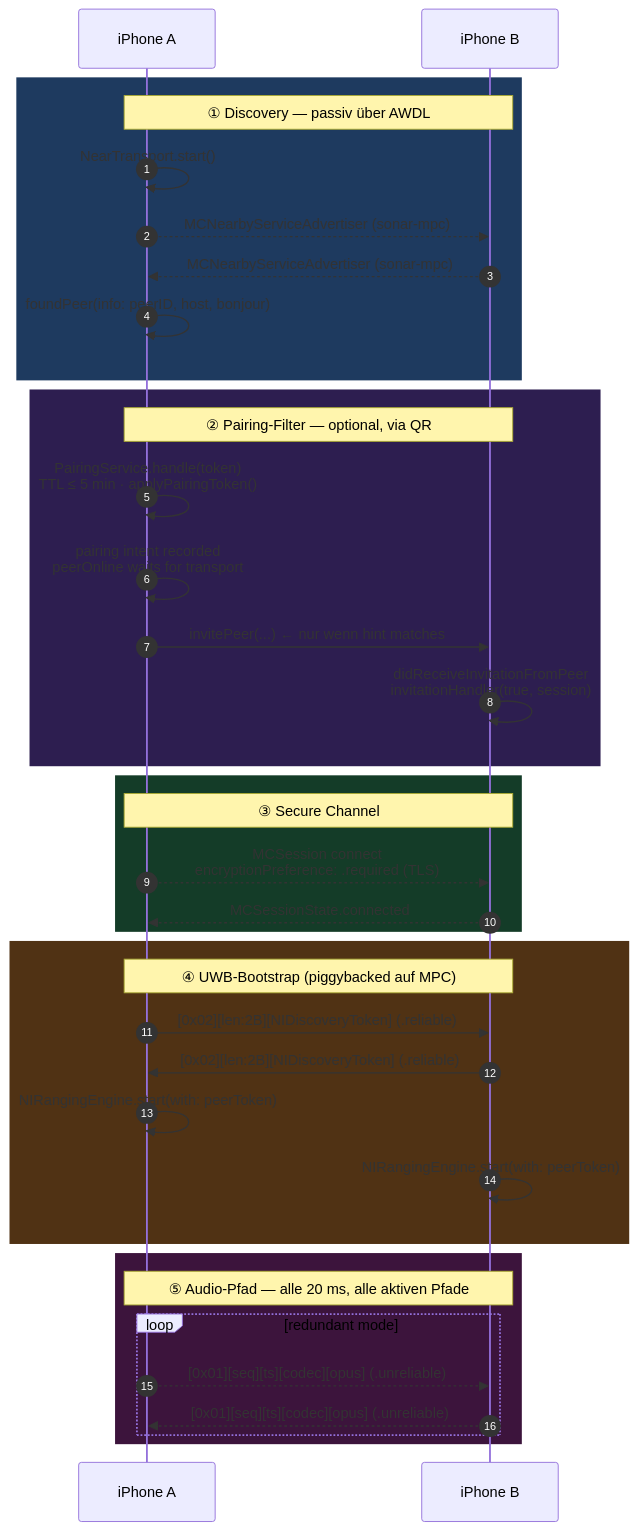
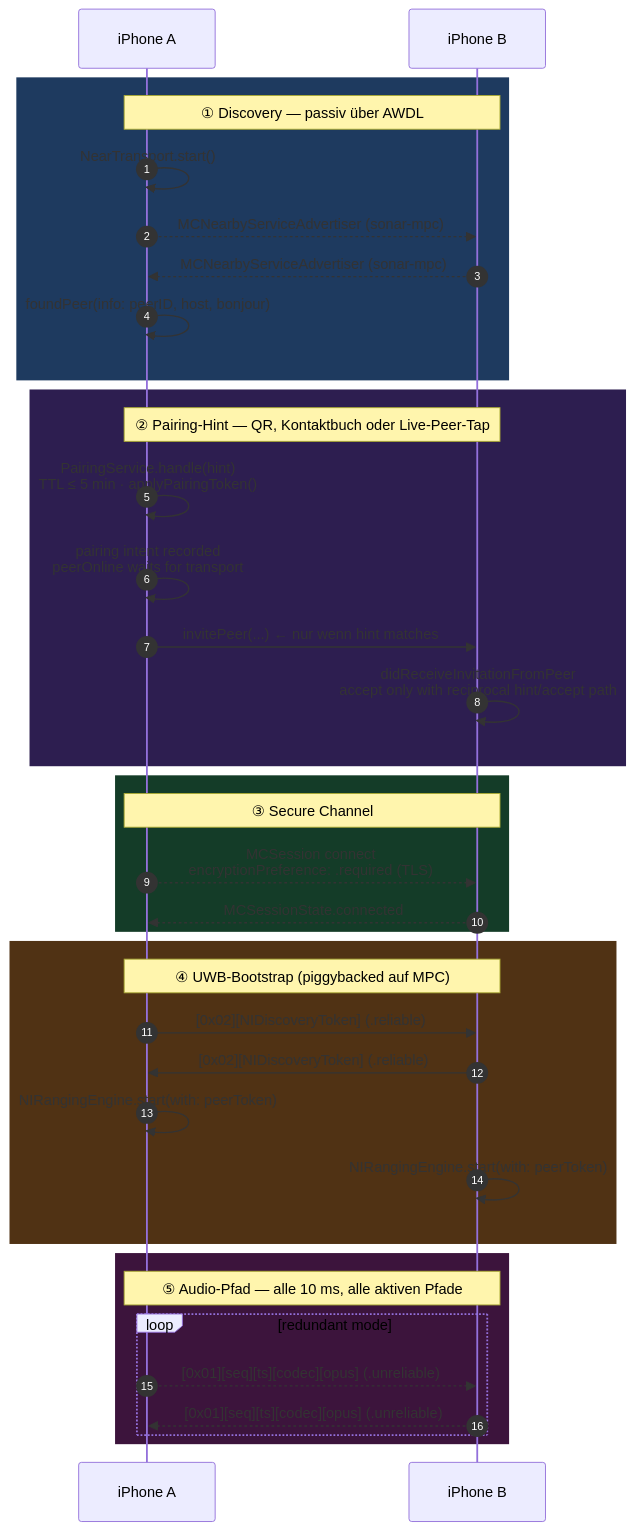
Before and after one commit to Martin-Hausleitner/Sonar: the second of 7 diagrams in README.md, drawn with Mermaid. The commit also changed other lines of this file and 60 other files, not shown here.

````diff
--- a/README.md
+++ b/README.md
@@ -190,44 +190,44 @@
 ```mermaid
 sequenceDiagram
     autonumber
     participant A as iPhone A
     participant B as iPhone B
 
     rect rgb(30,58,95)
     Note over A,B: ① Discovery — passiv über AWDL
     A->>A: NearTransport.start()
     A-->>B: MCNearbyServiceAdvertiser  (sonar-mpc)
     B-->>A: MCNearbyServiceAdvertiser  (sonar-mpc)
     A->>A: foundPeer(info: peerID, host, bonjour)
     end
 
     rect rgb(45,30,80)
-    Note over A,B: ② Pairing-Filter — optional, via QR
-    A->>A: PairingService.handle(token)<br/>TTL ≤ 5 min · applyPairingToken()
+    Note over A,B: ② Pairing-Hint — QR, Kontaktbuch oder Live-Peer-Tap
+    A->>A: PairingService.handle(hint)<br/>TTL ≤ 5 min · applyPairingToken()
     A->>A: pairing intent recorded<br/>peerOnline waits for transport
     A->>B: invitePeer(...)  ← nur wenn hint matches
-    B->>B: didReceiveInvitationFromPeer<br/>invitationHandler(true, session)
+    B->>B: didReceiveInvitationFromPeer<br/>accept only with reciprocal hint/accept path
     end
 
     rect rgb(20,60,40)
     Note over A,B: ③ Secure Channel
     A-->>B: MCSession connect<br/>encryptionPreference: .required (TLS)
     B-->>A: MCSessionState.connected
     end
 
     rect rgb(80,50,20)
     Note over A,B: ④ UWB-Bootstrap (piggybacked auf MPC)
-    A->>B: [0x02][len:2B][NIDiscoveryToken]  (.reliable)
-    B->>A: [0x02][len:2B][NIDiscoveryToken]  (.reliable)
+    A->>B: [0x02][NIDiscoveryToken]  (.reliable)
+    B->>A: [0x02][NIDiscoveryToken]  (.reliable)
     A->>A: NIRangingEngine.start(with: peerToken)
     B->>B: NIRangingEngine.start(with: peerToken)
     end
 
     rect rgb(60,20,60)
-    Note over A,B: ⑤ Audio-Pfad — alle 20 ms, alle aktiven Pfade
+    Note over A,B: ⑤ Audio-Pfad — alle 10 ms, alle aktiven Pfade
     loop redundant mode
         A-->>B: [0x01][seq][ts][codec][opus]  (.unreliable)
         B-->>A: [0x01][seq][ts][codec][opus]  (.unreliable)
     end
     end
 ```
````
